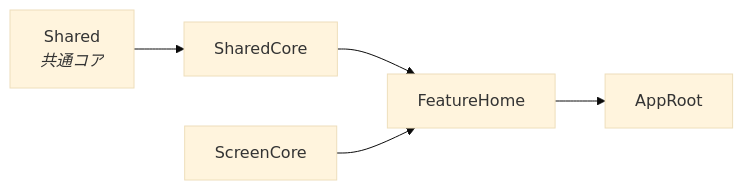
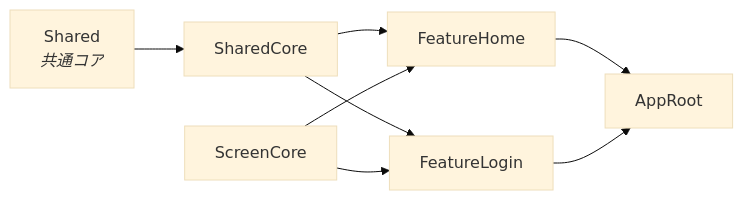
Before and after one commit to yossibank/ios-app-template: the second of 2 diagrams in README.md, drawn with Mermaid (base theme). The commit also changed other lines of this file and 49 other files, not shown here.

````diff
--- a/README.md
+++ b/README.md
@@ -37,11 +37,15 @@
 ```mermaid
 flowchart LR
     SHARED["Shared<br/><i>共通コア</i>"]
     SHAREDCORE["SharedCore"]
     SCREENCORE["ScreenCore"]
     HOME["FeatureHome"]
+    LOGIN["FeatureLogin"]
     ROOT["AppRoot"]
     SHARED --> SHAREDCORE --> HOME
     SCREENCORE --> HOME
+    SHAREDCORE --> LOGIN
+    SCREENCORE --> LOGIN
     HOME --> ROOT
+    LOGIN --> ROOT
 ```
````
